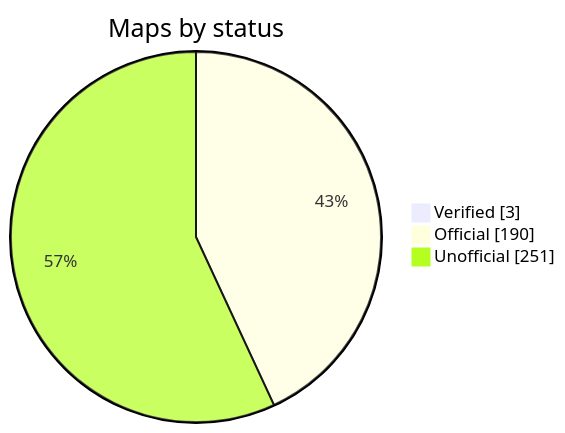
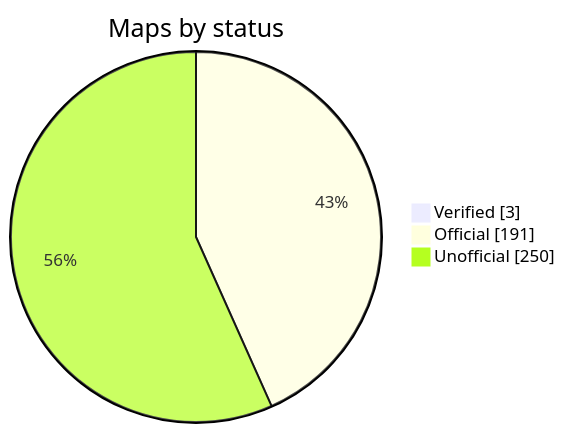
The diagram in README.md (nobrega8/mbmap-library), drawn with Mermaid before and after one commit. The commit also changed 1 other file, not shown here.

Commit message:
Rebuild the index

````diff
--- a/README.md
+++ b/README.md
@@ -48,7 +48,7 @@
 ```mermaid
 pie showData
     title Maps by status
     "Verified" : 3
-    "Official" : 190
-    "Unofficial" : 251
+    "Official" : 191
+    "Unofficial" : 250
 ```
````
